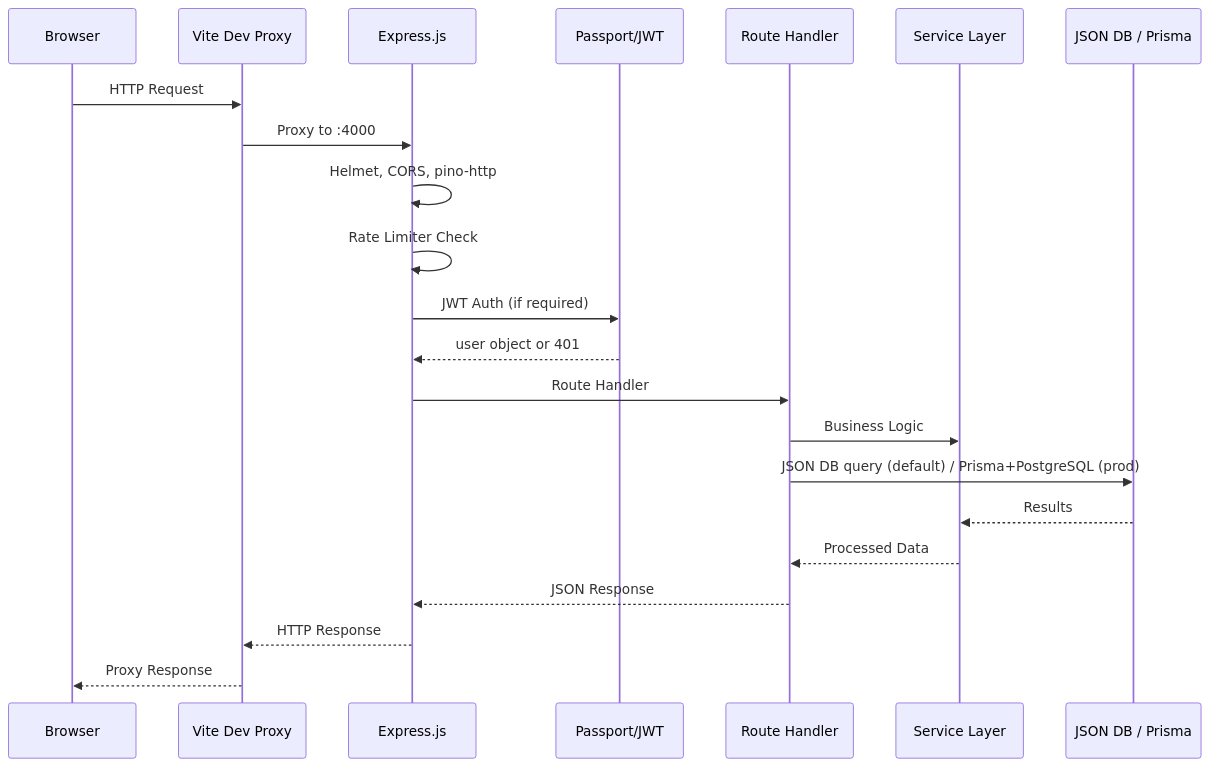
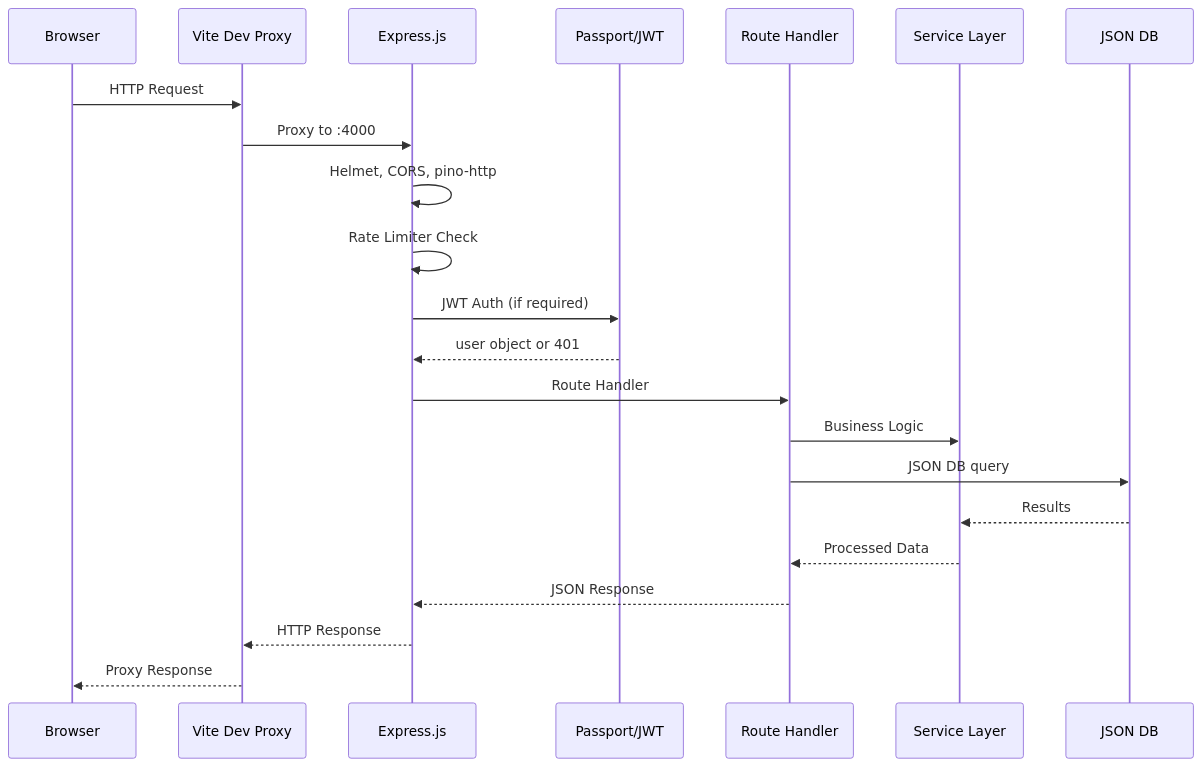
Before and after one commit to themanoj-025/Match-Mind: the second of 8 diagrams in PROJECT_OVERVIEW.md, drawn with Mermaid. The commit also changed other lines of this file and 18 other files, not shown here.

````diff
--- a/PROJECT_OVERVIEW.md
+++ b/PROJECT_OVERVIEW.md
@@ -889,25 +870,25 @@
 ```mermaid
 sequenceDiagram
     participant Browser
     participant ViteProxy as Vite Dev Proxy
     participant Express as Express.js
     participant Passport as Passport/JWT
     participant Route as Route Handler
     participant Service as Service Layer
-    participant DB as JSON DB / Prisma
+    participant DB as JSON DB
 
     Browser->>ViteProxy: HTTP Request
     ViteProxy->>Express: Proxy to :4000
     Express->>Express: Helmet, CORS, pino-http
     Express->>Express: Rate Limiter Check
     Express->>Passport: JWT Auth (if required)
     Passport-->>Express: user object or 401
     Express->>Route: Route Handler
     Route->>Service: Business Logic
-    Route->>DB: JSON DB query (default) / Prisma+PostgreSQL (prod)
+    Route->>DB: JSON DB query
     DB-->>Service: Results
     Service-->>Route: Processed Data
     Route-->>Express: JSON Response
     Express-->>ViteProxy: HTTP Response
     ViteProxy-->>Browser: Proxy Response
 ```
````
